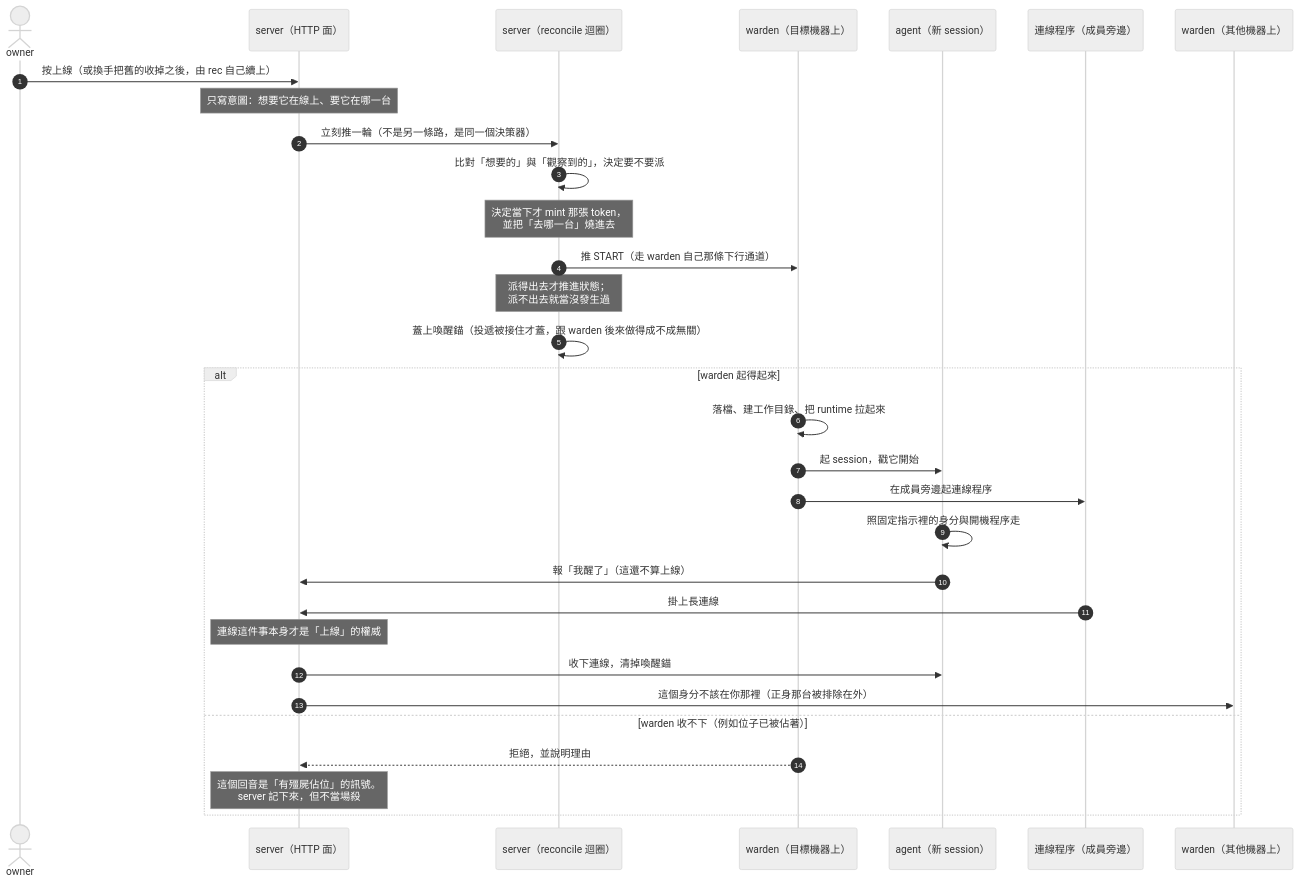
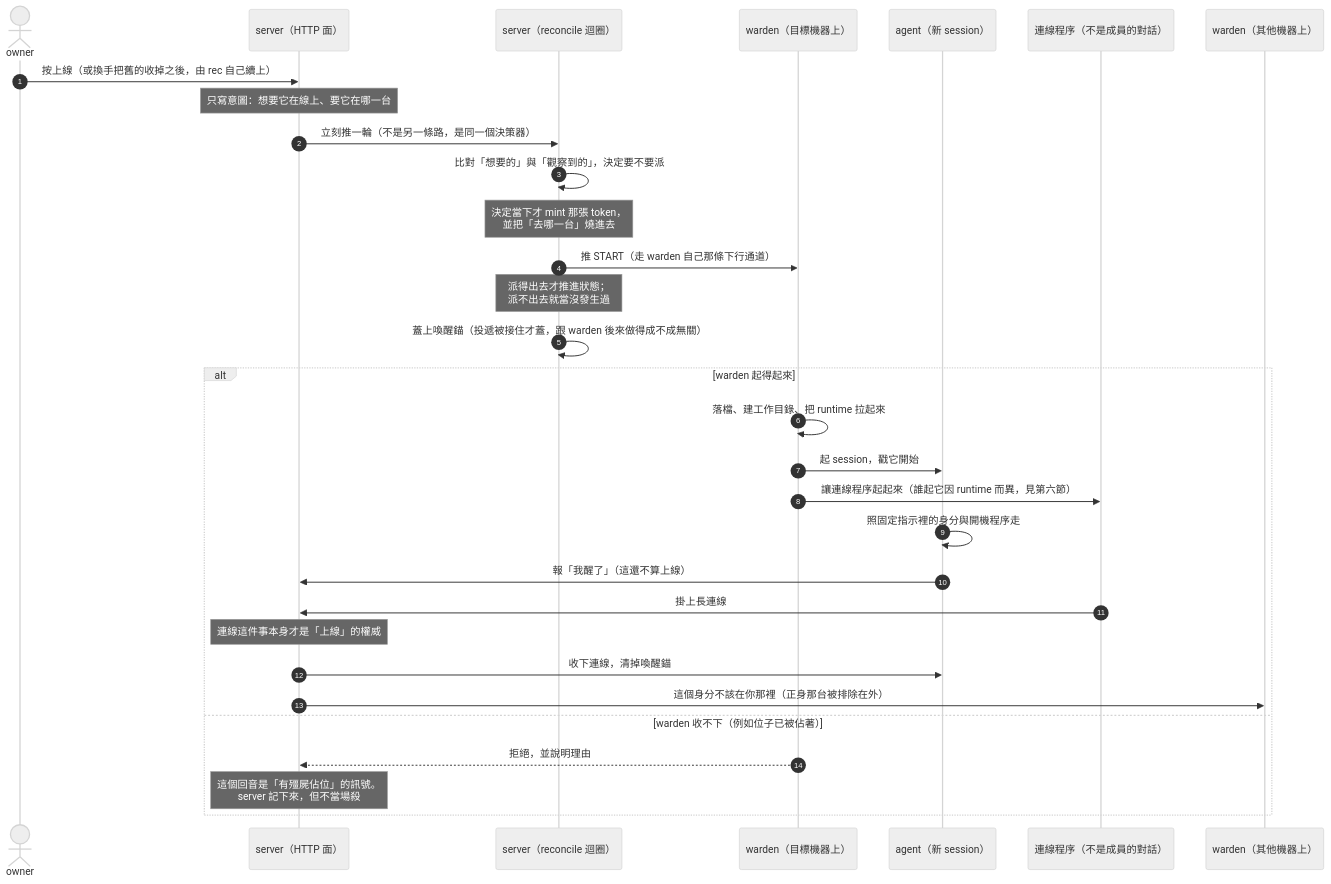
One commit to pkyosx/OffiCraft changed the diagram in docs/design/wake-flow.md. Above: the diagram before and after it, drawn with Mermaid (neutral theme). The commit also changed other lines of this file and 104 other files, not shown here.

````diff
--- a/docs/design/wake-flow.md
+++ b/docs/design/wake-flow.md
@@ -35,37 +35,37 @@
 ```mermaid
 sequenceDiagram
     autonumber
     actor owner as owner
     participant srv as server（HTTP 面）
     participant rec as server（reconcile 迴圈）
     participant w as warden（目標機器上）
     participant agent as agent（新 session）
-    participant listener as 連線程序（成員旁邊）
+    participant listener as 連線程序（不是成員的對話）
     participant w2 as warden（其他機器上）
 
     owner->>srv: 按上線（或換手把舊的收掉之後，由 rec 自己續上）
     Note over srv: 只寫意圖：想要它在線上、要它在哪一台
     srv->>rec: 立刻推一輪（不是另一條路，是同一個決策器）
 
     rec->>rec: 比對「想要的」與「觀察到的」，決定要不要派
     Note over rec: 決定當下才 mint 那張 token，<br/>並把「去哪一台」燒進去
 
     rec->>w: 推 START（走 warden 自己那條下行通道）
     Note over rec: 派得出去才推進狀態；<br/>派不出去就當沒發生過
     rec->>rec: 蓋上喚醒錨（投遞被接住才蓋，跟 warden 後來做得成不成無關）
 
     alt warden 起得起來
         w->>w: 落檔、建工作目錄、把 runtime 拉起來
         w->>agent: 起 session，戳它開始
-        w->>listener: 在成員旁邊起連線程序
+        w->>listener: 讓連線程序起起來（誰起它因 runtime 而異，見第六節）
         agent->>agent: 照固定指示裡的身分與開機程序走
         agent->>srv: 報「我醒了」（這還不算上線）
         listener->>srv: 掛上長連線
         Note over srv: 連線這件事本身才是「上線」的權威
         srv->>agent: 收下連線，清掉喚醒錨
         srv->>w2: 這個身分不該在你那裡（正身那台被排除在外）
     else warden 收不下（例如位子已被佔著）
         w-->>srv: 拒絕，並說明理由
         Note over srv: 這個回音是「有殭屍佔位」的訊號。<br/>server 記下來，但不當場殺
     end
 ```
````
